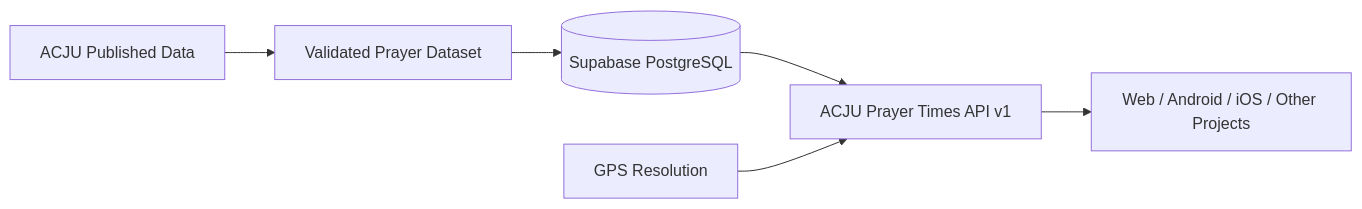
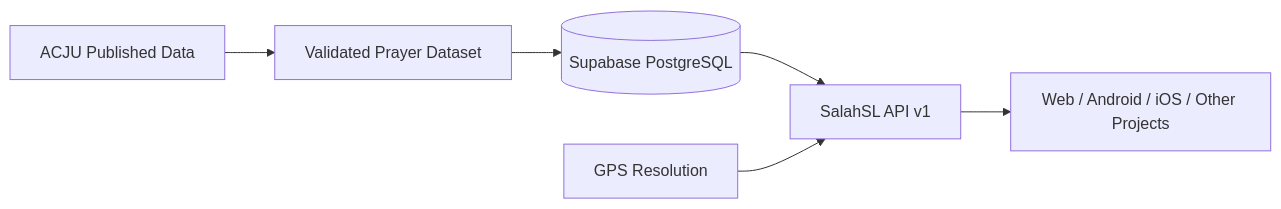
Before and after one commit to hasnizihar/acju-prayer-times-api: the diagram in README.md, drawn with Mermaid. The commit also changed other lines of this file and 19 other files, not shown here.

Commit message:
chore: finalize SalahSL API branding, UI layout constraints, and dynamic environment configurations

````diff
--- a/README.md
+++ b/README.md
@@ -93,15 +93,15 @@
 ```mermaid
 flowchart LR
     ACJU[ACJU Published Data]
     DATA[Validated Prayer Dataset]
     DB[(Supabase PostgreSQL)]
-    API[ACJU Prayer Times API v1]
+    API[SalahSL API v1]
     GPS[GPS Resolution]
     CLIENTS[Web / Android / iOS / Other Projects]
 
     ACJU --> DATA
     DATA --> DB
     DB --> API
     GPS --> API
     API --> CLIENTS
 ```
````
